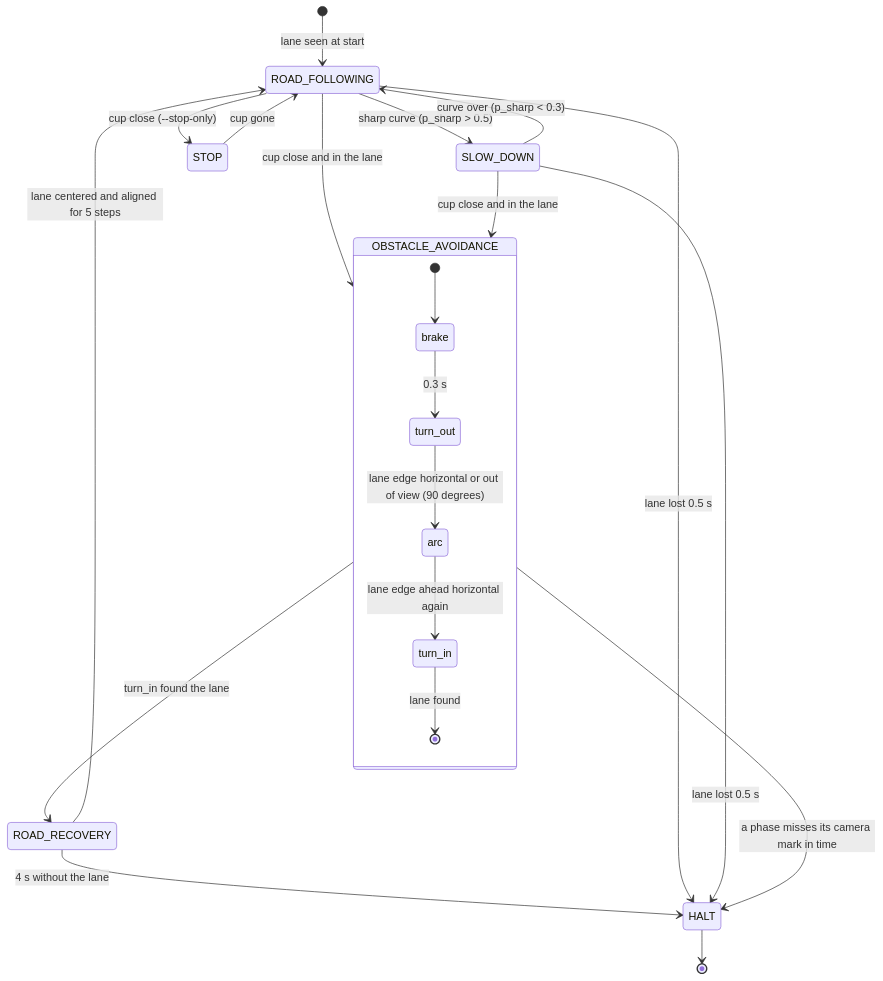
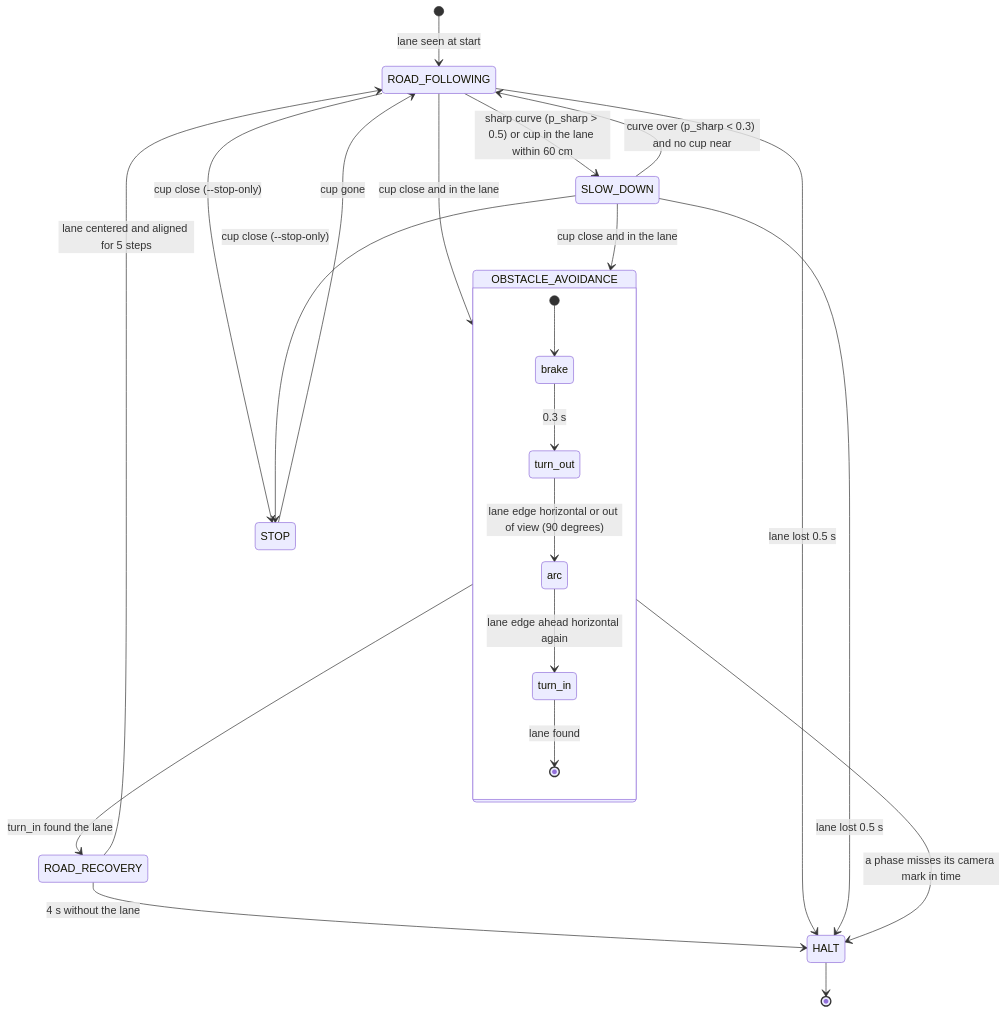
The diagram in notebooks/mini_av/STATE_MACHINE.md (janniskrn/robotic-jetbot), drawn with Mermaid before and after one commit. The commit also changed other lines of this file and 12 other files, not shown here.

First line of the commit message:
Cup distance from the mask, stop with slow approach, brake and backup, lane-gap fix (GAP2, OBST6, OBST7, S1d0-S1d2)

````diff
--- a/notebooks/mini_av/STATE_MACHINE.md
+++ b/notebooks/mini_av/STATE_MACHINE.md
@@ -32,24 +33,25 @@
 ```mermaid
 stateDiagram-v2
     [*] --> ROAD_FOLLOWING: lane seen at start
-    ROAD_FOLLOWING --> SLOW_DOWN: sharp curve (p_sharp > 0.5)
-    SLOW_DOWN --> ROAD_FOLLOWING: curve over (p_sharp < 0.3)
+    ROAD_FOLLOWING --> SLOW_DOWN: sharp curve (p_sharp > 0.5) or cup in the lane within 60 cm
+    SLOW_DOWN --> ROAD_FOLLOWING: curve over (p_sharp < 0.3) and no cup near
     ROAD_FOLLOWING --> OBSTACLE_AVOIDANCE: cup close and in the lane
     SLOW_DOWN --> OBSTACLE_AVOIDANCE: cup close and in the lane
     state OBSTACLE_AVOIDANCE {
         [*] --> brake
         brake --> turn_out: 0.3 s
         turn_out --> arc: lane edge horizontal or out of view (90 degrees)
         arc --> turn_in: lane edge ahead horizontal again
         turn_in --> [*]: lane found
     }
     OBSTACLE_AVOIDANCE --> ROAD_RECOVERY: turn_in found the lane
     OBSTACLE_AVOIDANCE --> HALT: a phase misses its camera mark in time
     ROAD_RECOVERY --> ROAD_FOLLOWING: lane centered and aligned for 5 steps
     ROAD_RECOVERY --> HALT: 4 s without the lane
     ROAD_FOLLOWING --> STOP: cup close (--stop-only)
+    SLOW_DOWN --> STOP: cup close (--stop-only)
     STOP --> ROAD_FOLLOWING: cup gone
     ROAD_FOLLOWING --> HALT: lane lost 0.5 s
     SLOW_DOWN --> HALT: lane lost 0.5 s
     HALT --> [*]
 ```
````
